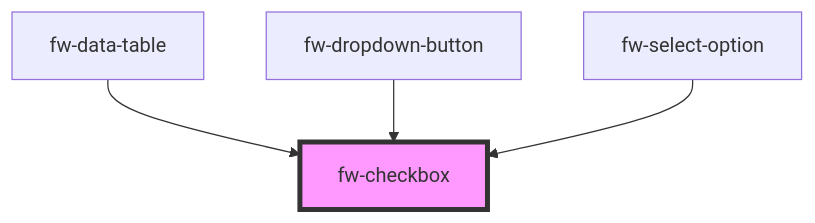
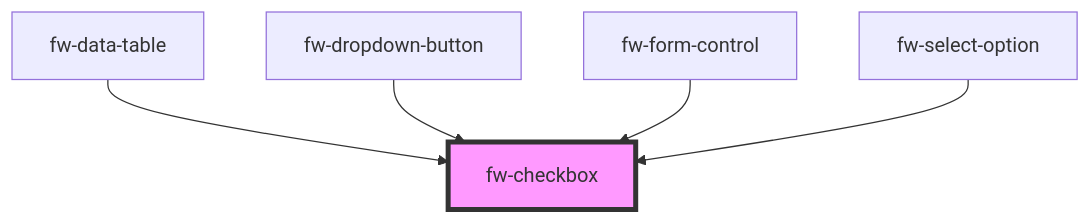
Before and after one commit to freshworks/crayons: the diagram in packages/crayons-core/src/components/checkbox/readme.md, drawn with Mermaid. The commit also changed other lines of this file and 12 other files, not shown here.

Commit message:
feat(form-control): form-control with form handling via slots

````diff
--- a/packages/crayons-core/src/components/checkbox/readme.md
+++ b/packages/crayons-core/src/components/checkbox/readme.md
@@ -85,7 +86,8 @@
 ```mermaid
 graph TD;
   fw-data-table --> fw-checkbox
   fw-dropdown-button --> fw-checkbox
+  fw-form-control --> fw-checkbox
   fw-select-option --> fw-checkbox
   style fw-checkbox fill:#f9f,stroke:#333,stroke-width:4px
 ```
````
